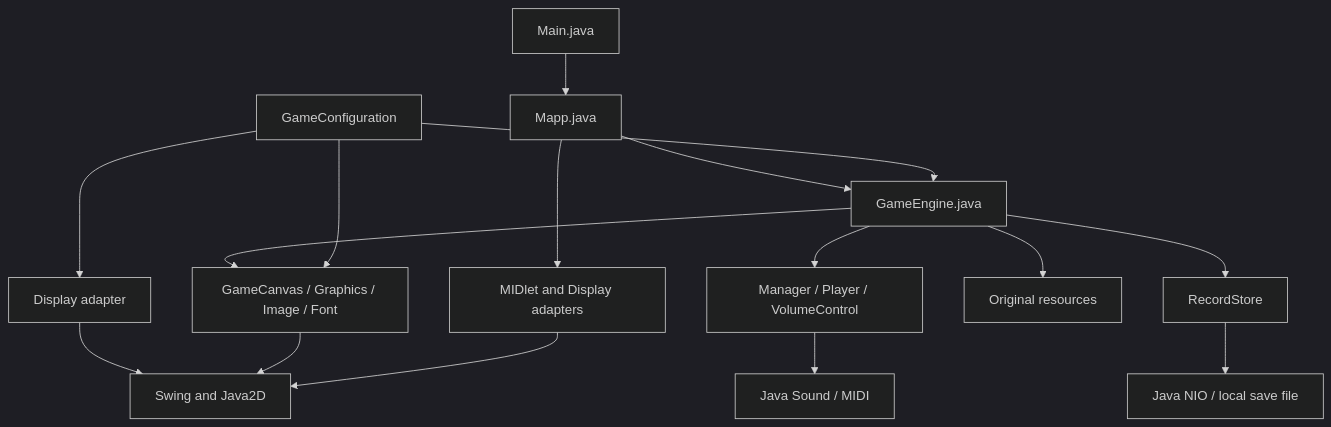
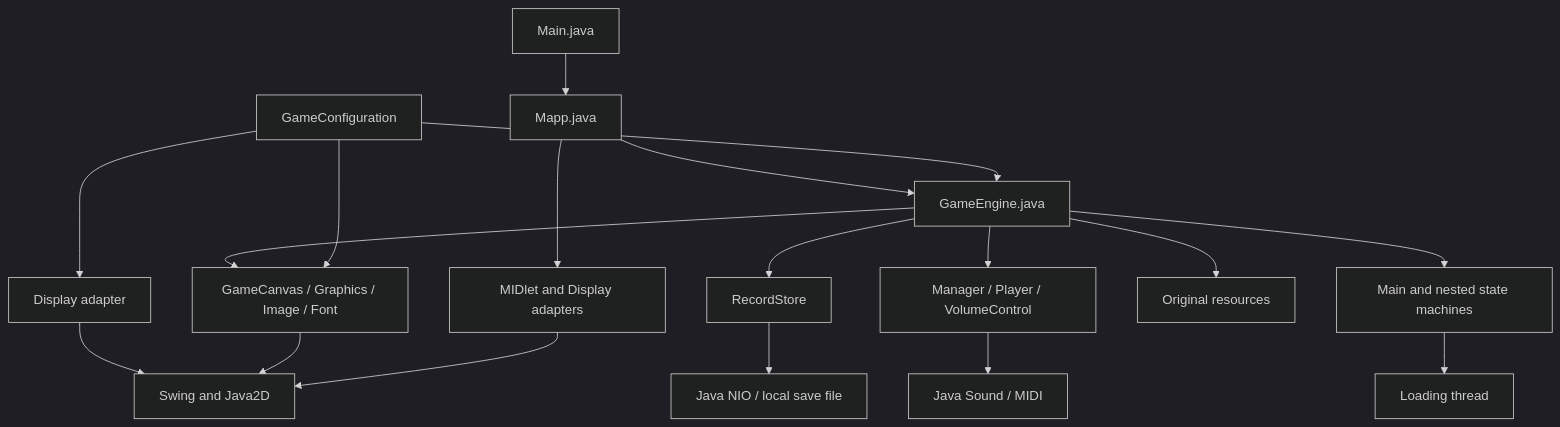
One commit to felipedelosh/PortDrHousePCByLoko changed the fourth of 4 diagrams in readme.md. Above: the diagram before and after it, drawn with Mermaid (dark theme). The commit also changed other lines of this file, not shown here.

````diff
--- a/readme.md
+++ b/readme.md
@@ -181,18 +226,20 @@
 ```mermaid
 flowchart TD
     Main[Main.java] --> Mapp[Mapp.java]
     Mapp --> Engine[GameEngine.java]
     Mapp --> MIDlet[MIDlet and Display adapters]
+    Engine --> States[Main and nested state machines]
+    States --> Loading[Loading thread]
     Engine --> Canvas[GameCanvas / Graphics / Image / Font]
     Engine --> Audio[Manager / Player / VolumeControl]
     Engine --> Save[RecordStore]
     Engine --> Resources[Original resources]
     Config[GameConfiguration] --> Engine
     Config --> Canvas
     Config --> Display[Display adapter]
     Display --> Swing
     Canvas --> Swing[Swing and Java2D]
     MIDlet --> Swing
     Audio --> MIDI[Java Sound / MIDI]
     Save --> Files[Java NIO / local save file]
 ```
````
